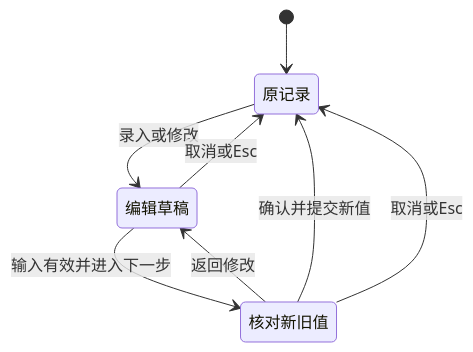
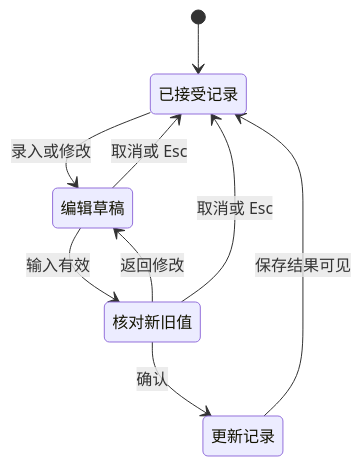
The diagram in docs/state-design.md (XingyuLi2/ai-course-grade-planner), drawn with Mermaid before and after one commit. The commit also changed other lines of this file and 9 other files, not shown here.

````diff
--- a/docs/state-design.md
+++ b/docs/state-design.md
@@ -75,10 +54,11 @@
 ```mermaid
 stateDiagram-v2
-  [*] --> 原记录
-  原记录 --> 编辑草稿: 录入或修改
-  编辑草稿 --> 核对新旧值: 输入有效并进入下一步
+  [*] --> 已接受记录
+  已接受记录 --> 编辑草稿: 录入或修改
+  编辑草稿 --> 核对新旧值: 输入有效
   核对新旧值 --> 编辑草稿: 返回修改
-  核对新旧值 --> 原记录: 确认并提交新值
-  编辑草稿 --> 原记录: 取消或Esc
-  核对新旧值 --> 原记录: 取消或Esc
+  核对新旧值 --> 更新记录: 确认
+  更新记录 --> 已接受记录: 保存结果可见
+  编辑草稿 --> 已接受记录: 取消或 Esc
+  核对新旧值 --> 已接受记录: 取消或 Esc
 ```
````
